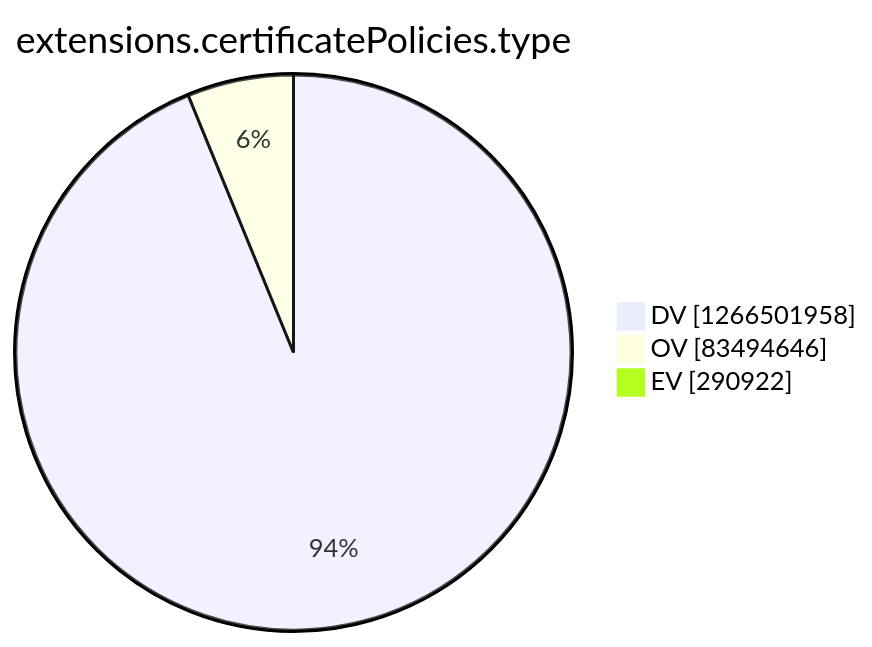
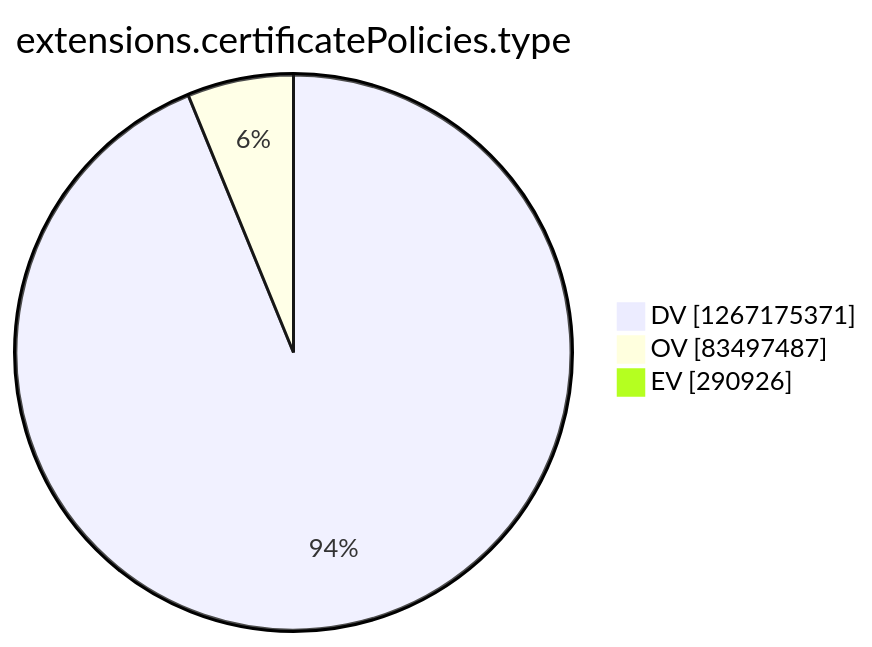
The tenth of 15 diagrams in argon2022/README.md (christiankrug/ctmonitor_visualization), drawn with Mermaid before and after one commit. The commit also changed other lines of this file, not shown here.

````diff
--- a/argon2022/README.md
+++ b/argon2022/README.md
@@ -2771,7 +2771,7 @@
 ```mermaid
 pie showData
 title extensions.certificatePolicies.type
-"DV" :1266501958
-"OV" :83494646
-"EV" :290922
+"DV" :1267175371
+"OV" :83497487
+"EV" :290926
 ```
````
